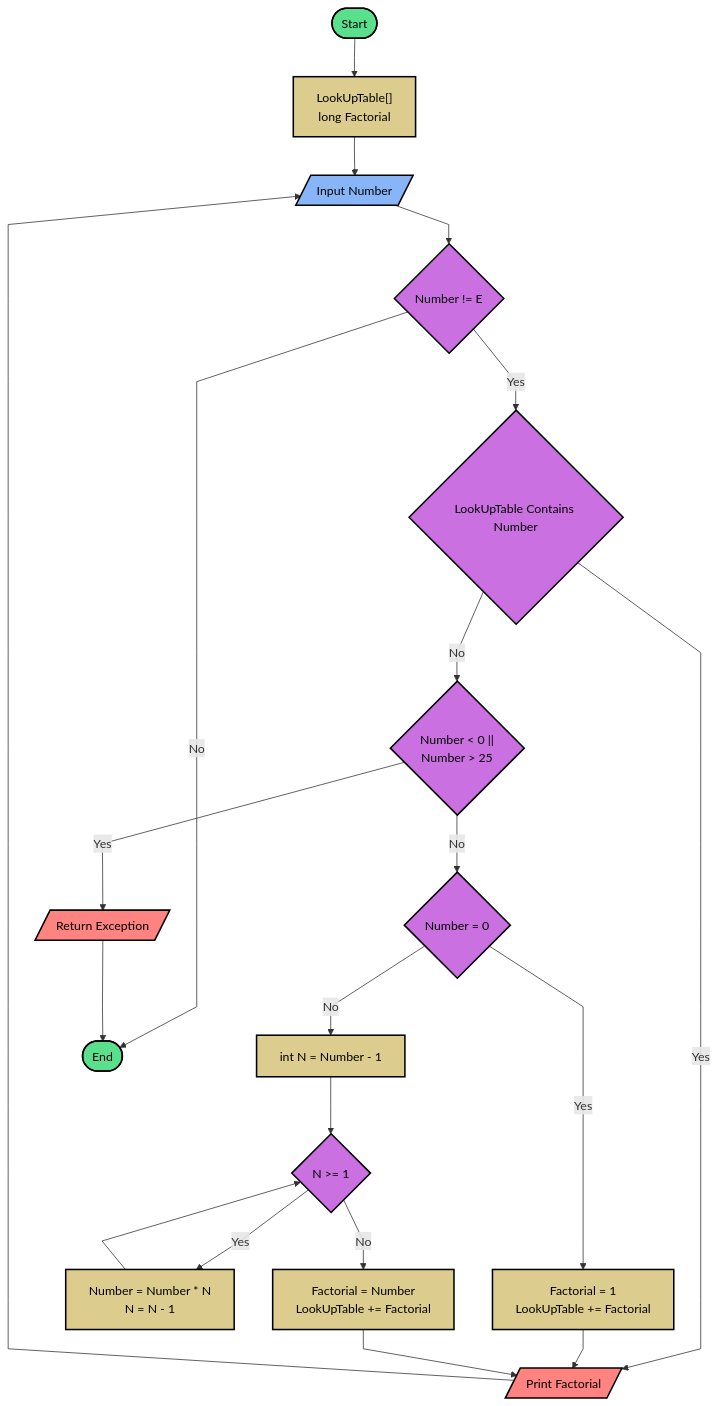
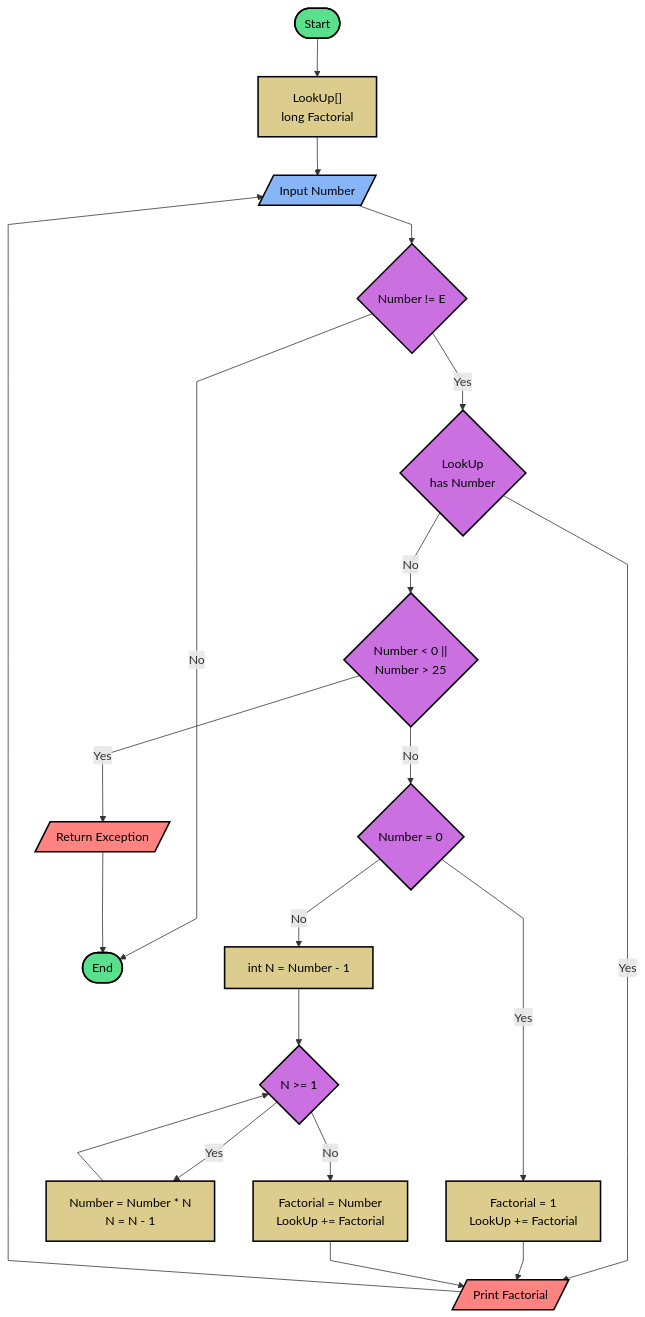
The diagram in ChallengeIntroCoding/Problem4.md (JuMaxi/ChallengeIntroCoding-CodeFirstGirls), drawn with Mermaid before and after one commit. The commit also changed other lines of this file and 2 other files, not shown here.

Commit message:
Factoring name variables

````diff
--- a/ChallengeIntroCoding/Problem4.md
+++ b/ChallengeIntroCoding/Problem4.md
@@ -9,56 +9,57 @@
 ```mermaid
-%%{ init: { 'flowchart': { 'curve': 'linear' } } }%%
+%%{ init: { 'flowchart': { 'curve': 'linear'} } }%%
 flowchart TD
 id1([Start])
-id2["LookUpTable&lbrack;&rbrack;
+id2["LookUp&lbrack;&rbrack;
 long Factorial"]
 id3[/Input Number/]
 id4{Number != E}
-id5{LookUpTable Contains Number}
+id5{"LookUp
+has Number"}
 id7{"Number < 0 ||
  Number > 25"}
 id8[/"Return Exception"/]
 id9{Number = 0}
 id10["Factorial = 1
-LookUpTable += Factorial"]
+LookUp += Factorial"]
 id11[int N = Number - 1]
 id12{N >= 1}
 id13["Number = Number * N
 N = N - 1"]
 id14["Factorial = Number
-LookUpTable += Factorial"]
+LookUp += Factorial"]
 id15[/Print Factorial/]
 id16([End])
 
 id1 --> id2 --> id3 --> id4
 id4 -- Yes --> id5
 id5 -- Yes --> id15
 id5 -- No --> id7
 id7 -- Yes --> id8
 id7 -- No --> id9
 id9 -- Yes --> id10
 id10 --> id15
 id15 --> id3
 id9 -- No --> id11 --> id12
 id12 -- Yes --> id13
 id13 --> id12
 id12 -- No --> id14 --> id15
 id4 -- No --> id16
 id8 --> id16
 
 style id1 fill:#5AE08D,stroke:black,stroke-width:2px,color:black
 style id3 fill:#88B5F7,stroke:black,stroke-width:2px,color:black;
 style id16 fill:#5AE08D,stroke:black,stroke-width:2px,color:black
 style id15 fill:#FF8380,stroke:black,stroke-width:2px,color:black;
 style id8 fill:#FF8380,stroke:black,stroke-width:2px,color:black;
 style id2 fill:#DCCD8F,stroke:black,stroke-width:2px,color:black;
 style id10 fill:#DCCD8F,stroke:black,stroke-width:2px,color:black;
 style id11 fill:#DCCD8F,stroke:black,stroke-width:2px,color:black;
 style id13 fill:#DCCD8F,stroke:black,stroke-width:2px,color:black;
 style id14 fill:#DCCD8F,stroke:black,stroke-width:2px,color:black;
 style id4 fill:#CA70E0,stroke:black,stroke-width:2px,color:black;
 style id5 fill:#CA70E0,stroke:black,stroke-width:2px,color:black;
 style id7 fill:#CA70E0,stroke:black,stroke-width:2px,color:black;
 style id9 fill:#CA70E0,stroke:black,stroke-width:2px,color:black;
 style id12 fill:#CA70E0,stroke:black,stroke-width:2px,color:black;
 ```
````
